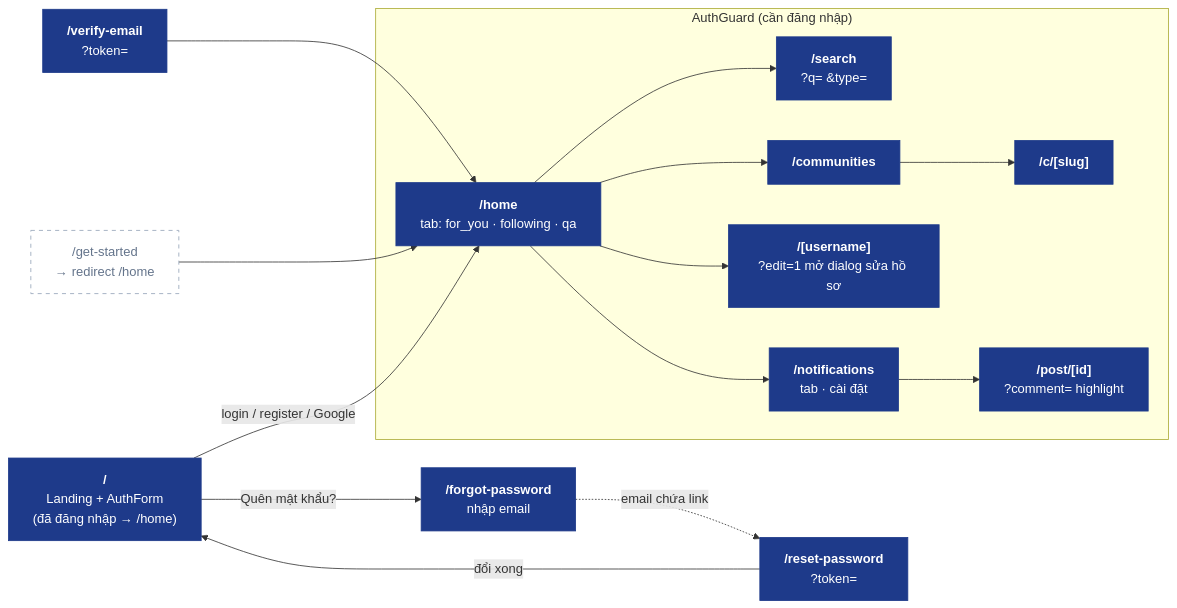
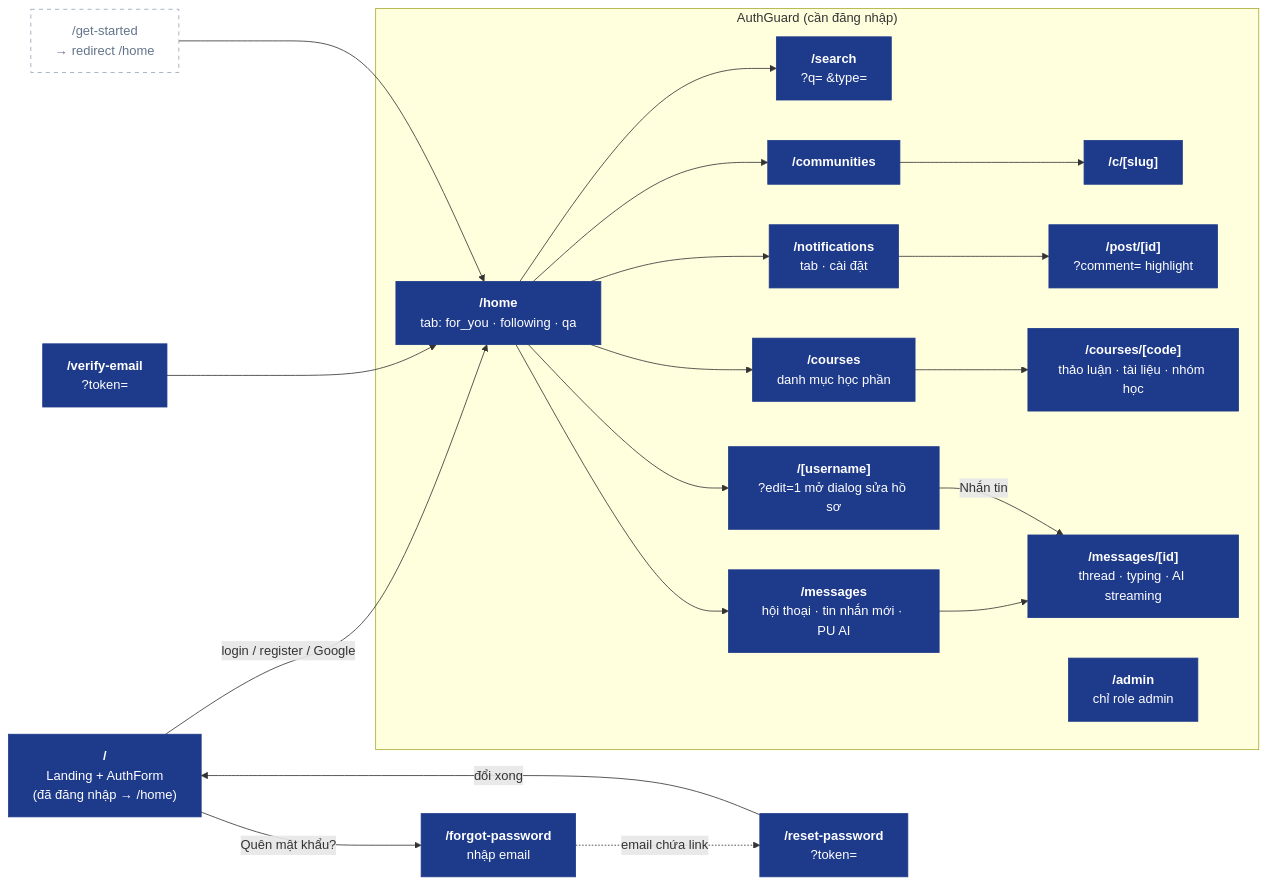
One commit to nhatcoi/pu-connect changed the first of 2 diagrams in docs/diagrams/07-web-app.md. Above: the diagram before and after it, drawn with Mermaid. The commit also changed other lines of this file and 8 other files, not shown here.

Commit message:
docs: course hub, admin, messaging and AI, diagrams and ERD

````diff
--- a/docs/diagrams/07-web-app.md
+++ b/docs/diagrams/07-web-app.md
@@ -7,33 +7,42 @@
 ```mermaid
 flowchart LR
   landing["<b>/</b><br/>Landing + AuthForm<br/>(đã đăng nhập → /home)"]
   verify["<b>/verify-email</b><br/>?token="]
   forgot["<b>/forgot-password</b><br/>nhập email"]
   reset["<b>/reset-password</b><br/>?token="]
   getstarted["/get-started<br/>→ redirect /home"]
 
   subgraph guarded["AuthGuard (cần đăng nhập)"]
     home["<b>/home</b><br/>tab: for_you · following · qa"]
     search["<b>/search</b><br/>?q= &type="]
     comms["<b>/communities</b>"]
     comm["<b>/c/[slug]</b>"]
     profile["<b>/[username]</b><br/>?edit=1 mở dialog sửa hồ sơ"]
     notif["<b>/notifications</b><br/>tab · cài đặt"]
     post["<b>/post/[id]</b><br/>?comment= highlight"]
+    courses["<b>/courses</b><br/>danh mục học phần"]
+    course["<b>/courses/[code]</b><br/>thảo luận · tài liệu · nhóm học"]
+    msgs["<b>/messages</b><br/>hội thoại · tin nhắn mới · PU AI"]
+    thread["<b>/messages/[id]</b><br/>thread · typing · AI streaming"]
+    adminp["<b>/admin</b><br/>chỉ role admin"]
   end
 
   landing -->|login / register / Google| home
   verify --> home
   landing -->|Quên mật khẩu?| forgot
   forgot -.->|email chứa link| reset
   reset -->|đổi xong| landing
   getstarted --> home
   home --> search & comms & profile & notif
   notif --> post
   comms --> comm
+  home --> courses & msgs
+  courses --> course
+  msgs --> thread
+  profile -->|Nhắn tin| thread
 
   classDef page fill:#1e3a8a,stroke:#1e3a8a,color:#fff
   classDef redirect fill:#fff,stroke:#94a3b8,color:#64748b,stroke-dasharray:5 5
-  class landing,verify,forgot,reset,home,search,comms,comm,profile,notif,post page
+  class landing,verify,forgot,reset,home,search,comms,comm,profile,notif,post,courses,course,msgs,thread,adminp page
   class getstarted redirect
 ```
````
